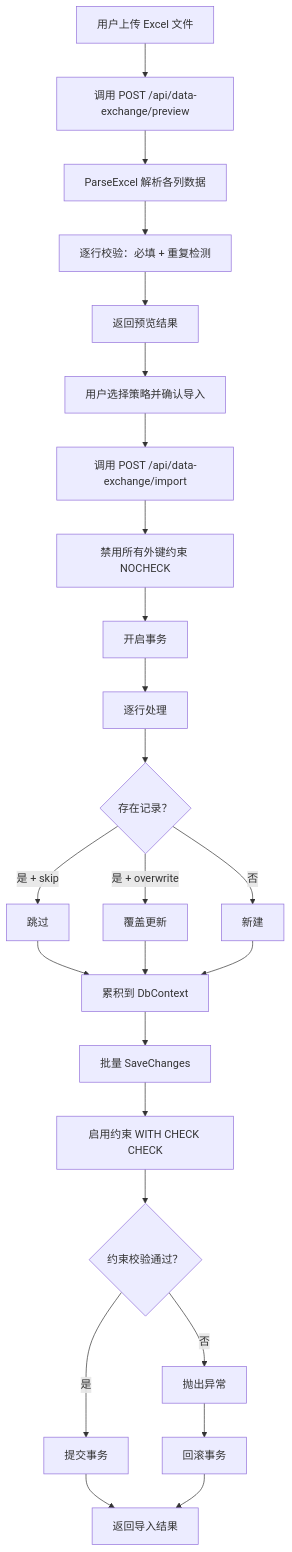
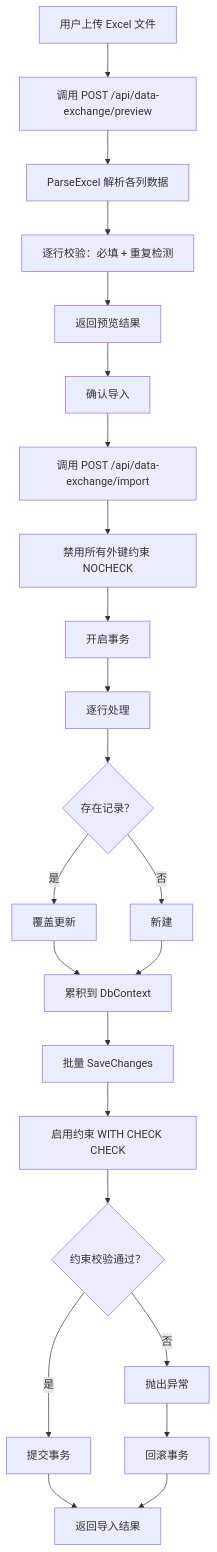
One commit to zhz151/MES changed the third of 3 diagrams in docs/接口设计/数据工具接口设计.md. Above: the diagram before and after it, drawn with Mermaid. The commit also changed other lines of this file and 96 other files, not shown here.

First line of the commit message:
feat: 成检字段扩展 + 定尺工单联通视图 + 批次成切跟踪 + 工序组制成倍数删除

````diff
--- a/docs/接口设计/数据工具接口设计.md
+++ b/docs/接口设计/数据工具接口设计.md
@@ -380,27 +452,25 @@
 ```mermaid
 flowchart TD
     A[用户上传 Excel 文件] --> B[调用 POST /api/data-exchange/preview]
     B --> C[ParseExcel 解析各列数据]
     C --> D[逐行校验：必填 + 重复检测]
     D --> E[返回预览结果]
-    E --> F[用户选择策略并确认导入]
+    E --> F[确认导入]
     F --> G[调用 POST /api/data-exchange/import]
     G --> H[禁用所有外键约束 NOCHECK]
     H --> I[开启事务]
     I --> J[逐行处理]
     J --> K{存在记录？}
-    K -->|是 + skip| L[跳过]
-    K -->|是 + overwrite| M[覆盖更新]
+    K -->|是| M[覆盖更新]
     K -->|否| N[新建]
-    L --> O[累积到 DbContext]
-    M --> O
+    M --> O[累积到 DbContext]
     N --> O
     O --> P[批量 SaveChanges]
     P --> Q[启用约束 WITH CHECK CHECK]
     Q --> R{约束校验通过？}
     R -->|是| S[提交事务]
     R -->|否| T[抛出异常]
     T --> U[回滚事务]
     S --> V[返回导入结果]
     U --> V
 ```
````
